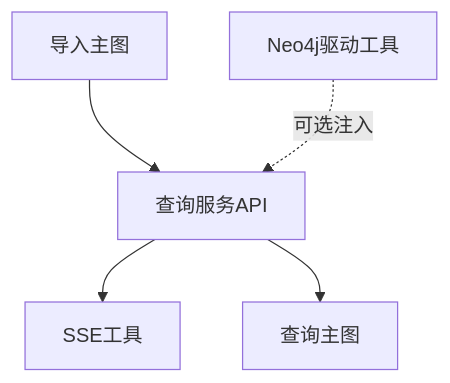
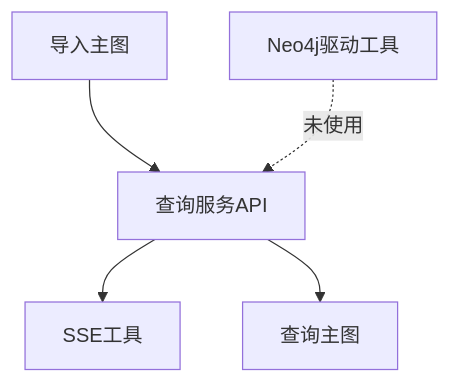
Before and after one commit to YveS-y/rag-agent: the seventh of 7 diagrams in .qoder/repowiki/zh/content/外部服务集成/Neo4j知识图谱集成.md, drawn with Mermaid. The commit also changed other lines of this file and 29 other files, not shown here.

````diff
--- a/.qoder/repowiki/zh/content/外部服务集成/Neo4j知识图谱集成.md
+++ b/.qoder/repowiki/zh/content/外部服务集成/Neo4j知识图谱集成.md
@@ -251,7 +242,7 @@
 ```mermaid
 graph TB
 QS["查询服务API"] --> SSE["SSE工具"]
 QS --> QM["查询主图"]
 IM["导入主图"] --> QS
-N4J["Neo4j驱动工具"] -. 可选注入 .-> QS
+N4J["Neo4j驱动工具"] -. 未使用 .-> QS
 ```
````
